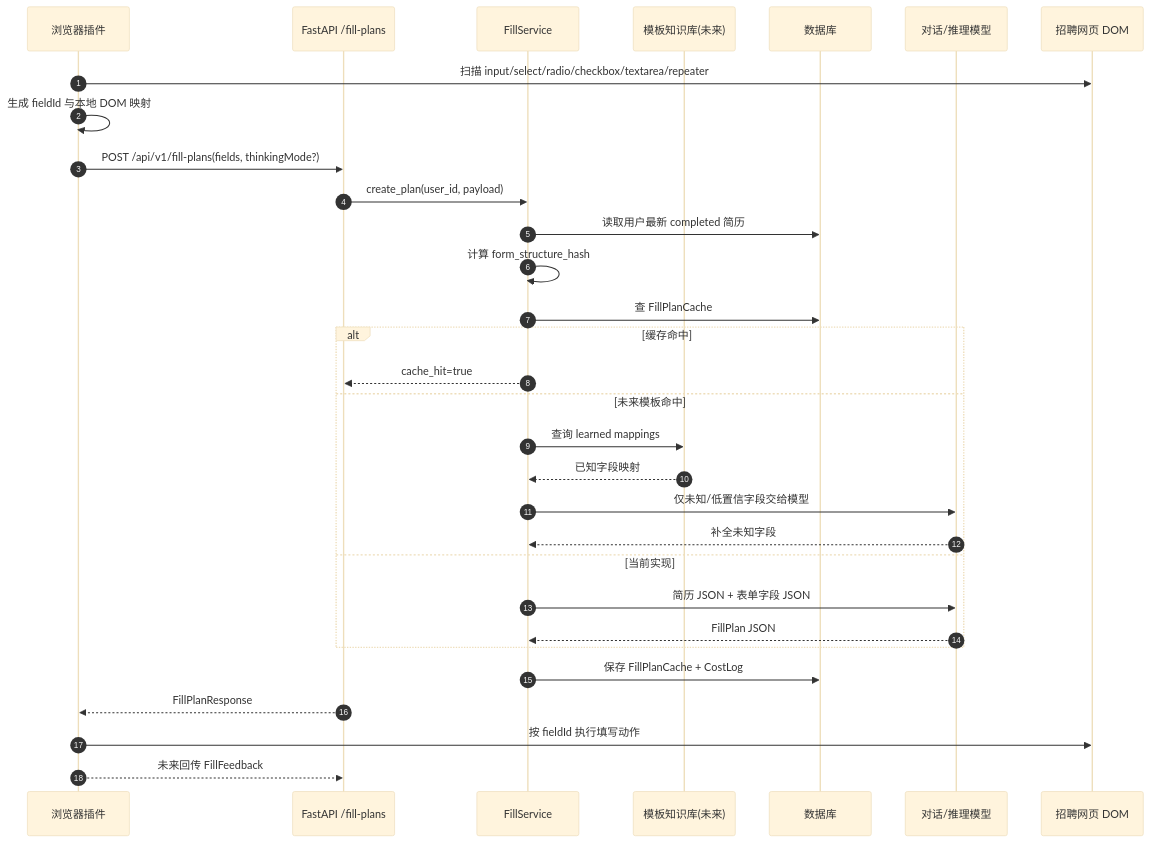
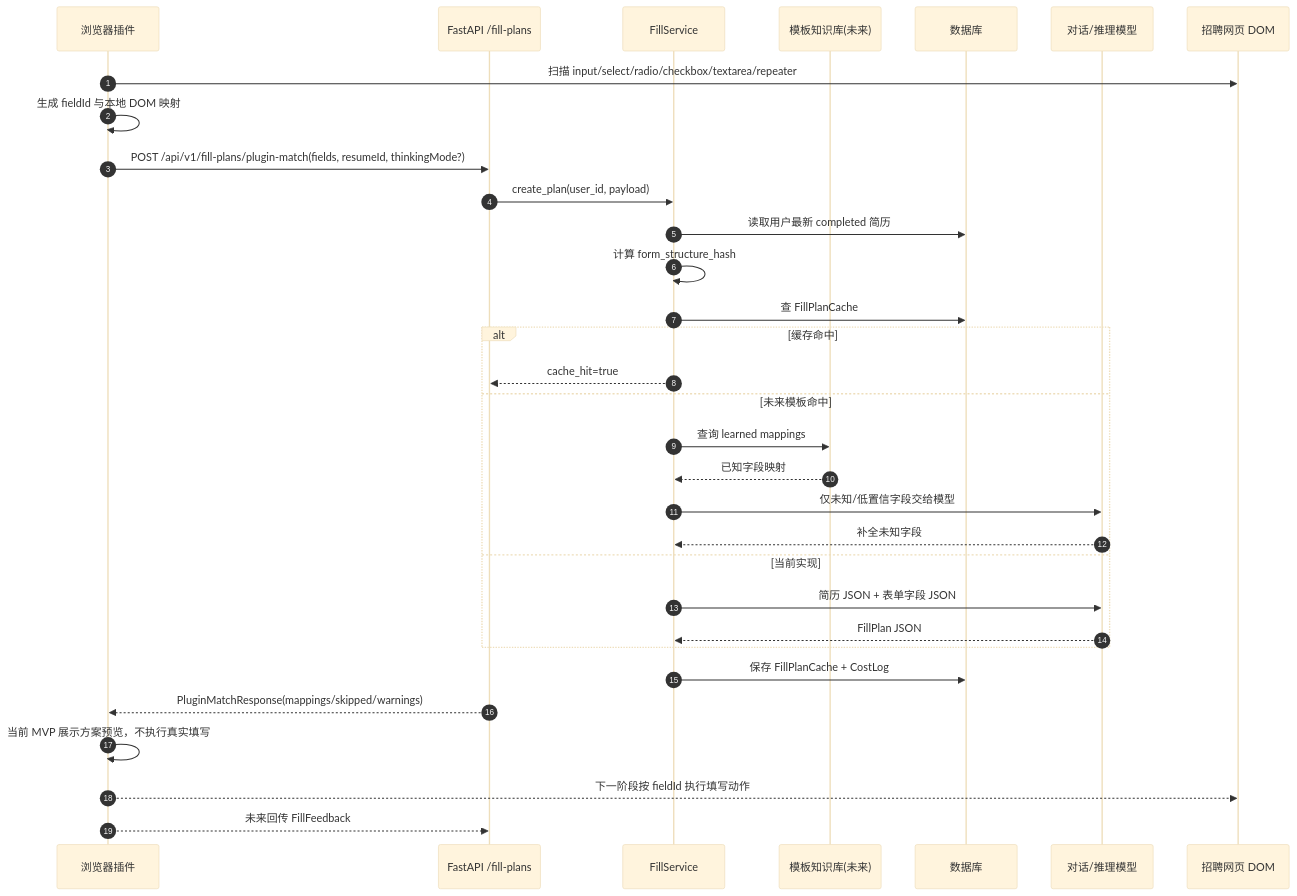
Before and after one commit to lepufeng/cv_rec: the third of 7 diagrams in PRODUCT_FLOW_PRD.md, drawn with Mermaid (base theme). The commit also changed other lines of this file and 8 other files, not shown here.

Commit message:
Connect web account flow to extension

````diff
--- a/PRODUCT_FLOW_PRD.md
+++ b/PRODUCT_FLOW_PRD.md
@@ -143,34 +145,35 @@
 ```mermaid
 sequenceDiagram
     autonumber
     participant P as 浏览器插件
     participant API as FastAPI /fill-plans
     participant F as FillService
     participant T as 模板知识库(未来)
     participant DB as 数据库
     participant M as 对话/推理模型
     participant DOM as 招聘网页 DOM
 
     P->>DOM: 扫描 input/select/radio/checkbox/textarea/repeater
     P->>P: 生成 fieldId 与本地 DOM 映射
-    P->>API: POST /api/v1/fill-plans(fields, thinkingMode?)
+    P->>API: POST /api/v1/fill-plans/plugin-match(fields, resumeId, thinkingMode?)
     API->>F: create_plan(user_id, payload)
     F->>DB: 读取用户最新 completed 简历
     F->>F: 计算 form_structure_hash
     F->>DB: 查 FillPlanCache
     alt 缓存命中
         F-->>API: cache_hit=true
     else 未来模板命中
         F->>T: 查询 learned mappings
         T-->>F: 已知字段映射
         F->>M: 仅未知/低置信字段交给模型
         M-->>F: 补全未知字段
     else 当前实现
         F->>M: 简历 JSON + 表单字段 JSON
         M-->>F: FillPlan JSON
     end
     F->>DB: 保存 FillPlanCache + CostLog
-    API-->>P: FillPlanResponse
-    P->>DOM: 按 fieldId 执行填写动作
+    API-->>P: PluginMatchResponse(mappings/skipped/warnings)
+    P->>P: 当前 MVP 展示方案预览，不执行真实填写
+    P-->>DOM: 下一阶段按 fieldId 执行填写动作
     P-->>API: 未来回传 FillFeedback
 ```
````
